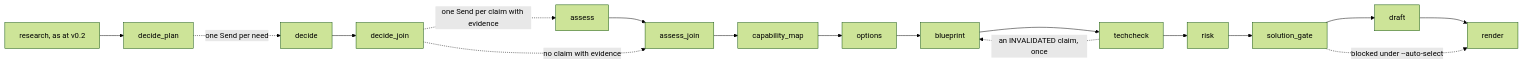
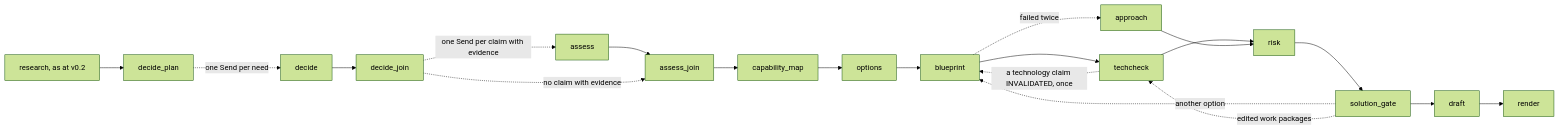
The diagram in docs/designs/iteration-3.md (chouaibhoues-code/bidwright-rfp-agent), drawn with Mermaid (forest theme) before and after one commit. The commit also changed other lines of this file, not shown here.

````diff
--- a/docs/designs/iteration-3.md
+++ b/docs/designs/iteration-3.md
@@ -65,11 +67,15 @@
 ```mermaid
 flowchart LR
     research["research, as at v0.2"] --> decide_plan
     decide_plan -.->|one Send per need| decide --> decide_join
     decide_join -.->|one Send per claim with evidence| assess --> assess_join
     decide_join -.->|no claim with evidence| assess_join
     assess_join --> capability_map --> options --> blueprint --> techcheck
-    techcheck -.->|an INVALIDATED claim, once| blueprint
-    techcheck --> risk --> solution_gate --> draft --> render
-    solution_gate -.->|blocked under --auto-select| render
+    blueprint -.->|failed twice| approach
+    techcheck -.->|a technology claim INVALIDATED, once| blueprint
+    techcheck --> risk --> solution_gate
+    solution_gate -.->|another option| blueprint
+    solution_gate -.->|edited work packages| techcheck
+    solution_gate --> draft --> render
+    approach --> risk
 ```
````
